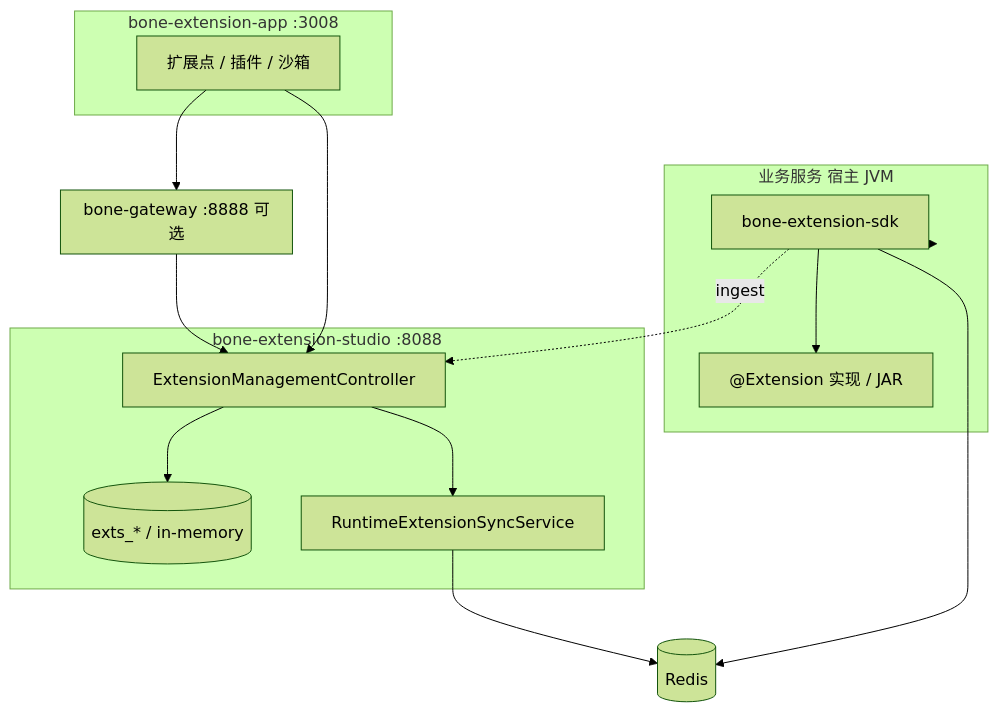
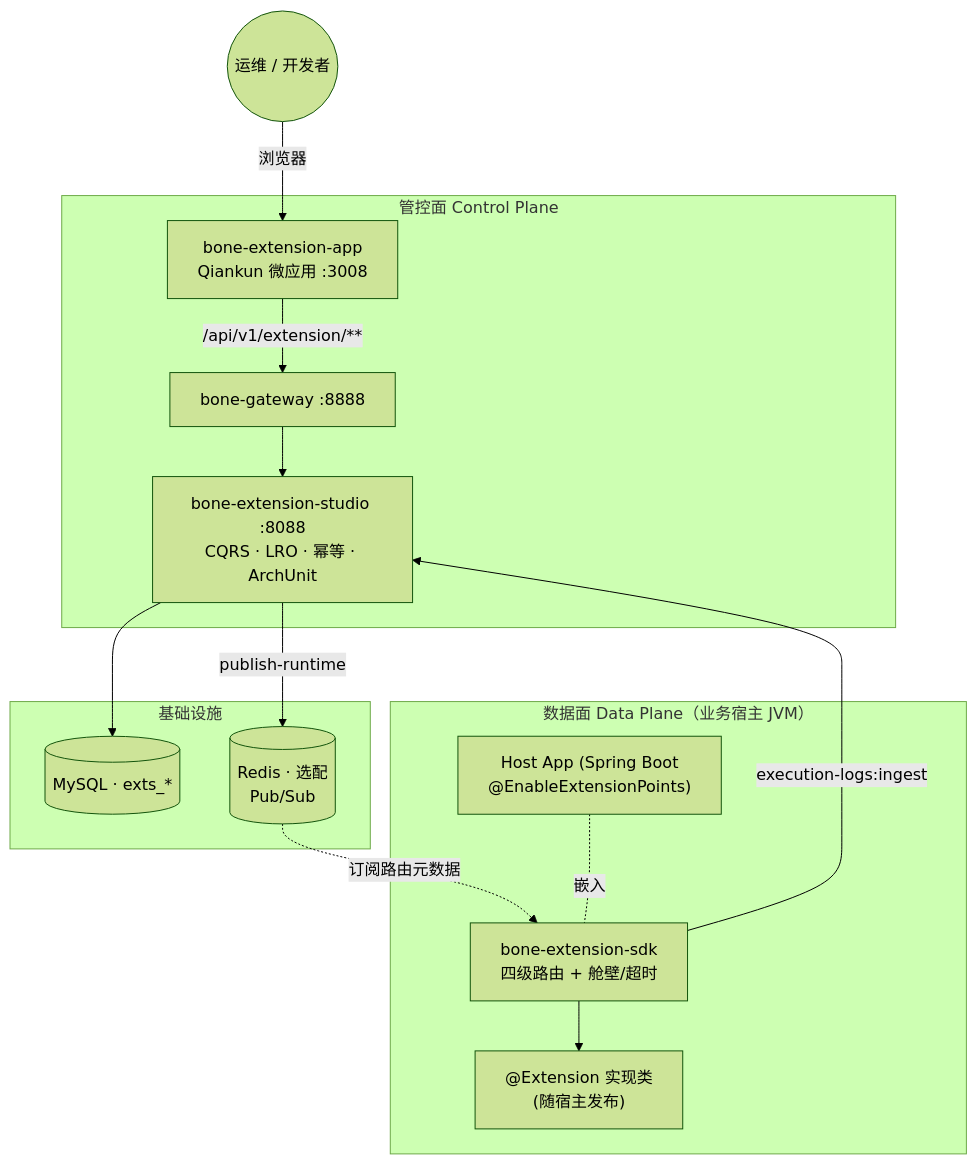
One commit to trenhui/bone changed the diagram in doc/design/modules/5. 扩展管理模块详细设计方案.md. Above: the diagram before and after it, drawn with Mermaid (forest theme). The commit also changed other lines of this file and 1 other file, not shown here.

Commit message:
docs(architecture): add extension module as-is snapshot and container view
Bump BONE-总体架构 to v2.2 with §3.2.1 extension implementation matrix and
a C4 container diagram clarifying control-plane / data-plane split. Replace
extension module §5.2 diagram with the same layered view (user entry,
embedded SDK, optional Redis, SDK ingest path back to Studio).

````diff
--- a/doc/design/modules/5. 扩展管理模块详细设计方案.md
+++ b/doc/design/modules/5. 扩展管理模块详细设计方案.md
@@ -295,26 +300,30 @@
 ```mermaid
 flowchart TB
-  subgraph FE["bone-extension-app :3008"]
-    UI[扩展点 / 插件 / 沙箱]
+  User((运维 / 开发者))
+
+  subgraph CP["管控面 Control Plane"]
+    FE["bone-extension-app<br/>Qiankun 微应用 :3008"]
+    GW["bone-gateway :8888"]
+    ST["bone-extension-studio :8088<br/>CQRS · LRO · 幂等 · ArchUnit"]
   end
-  subgraph GW["bone-gateway :8888 可选"]
+
+  subgraph INF["基础设施"]
+    DB[(MySQL · exts_*)]
+    Redis[(Redis · 选配<br/>Pub/Sub)]
   end
-  subgraph Studio["bone-extension-studio :8088"]
-  API[ExtensionManagementController]
-  Store[(exts_* / in-memory)]
-  Sync[RuntimeExtensionSyncService]
+
+  subgraph DP["数据面 Data Plane（业务宿主 JVM）"]
+    Host["Host App (Spring Boot<br/>@EnableExtensionPoints)"]
+    SDK["bone-extension-sdk<br/>四级路由 + 舱壁/超时"]
+    Ext["@Extension 实现类<br/>(随宿主发布)"]
+    Host -. "嵌入" .- SDK
+    SDK --> Ext
   end
-  subgraph Host["业务服务 宿主 JVM"]
-  SDK[bone-extension-sdk]
-  Ext["@Extension 实现 / JAR"]
-  end
-  UI --> GW --> API
-  UI --> API
-  API --> Store
-  API --> Sync
-  Sync --> Redis[(Redis)]
-  SDK --> Redis
-  Host --> SDK
-  SDK --> Ext
-  SDK -.->|ingest| API
+
+  User -->|浏览器| FE
+  FE -->|/api/v1/extension/**| GW --> ST
+  ST --> DB
+  ST -->|publish-runtime| Redis
+  Redis -. "订阅路由元数据" .-> SDK
+  SDK -->|execution-logs:ingest| ST
 ```
````
